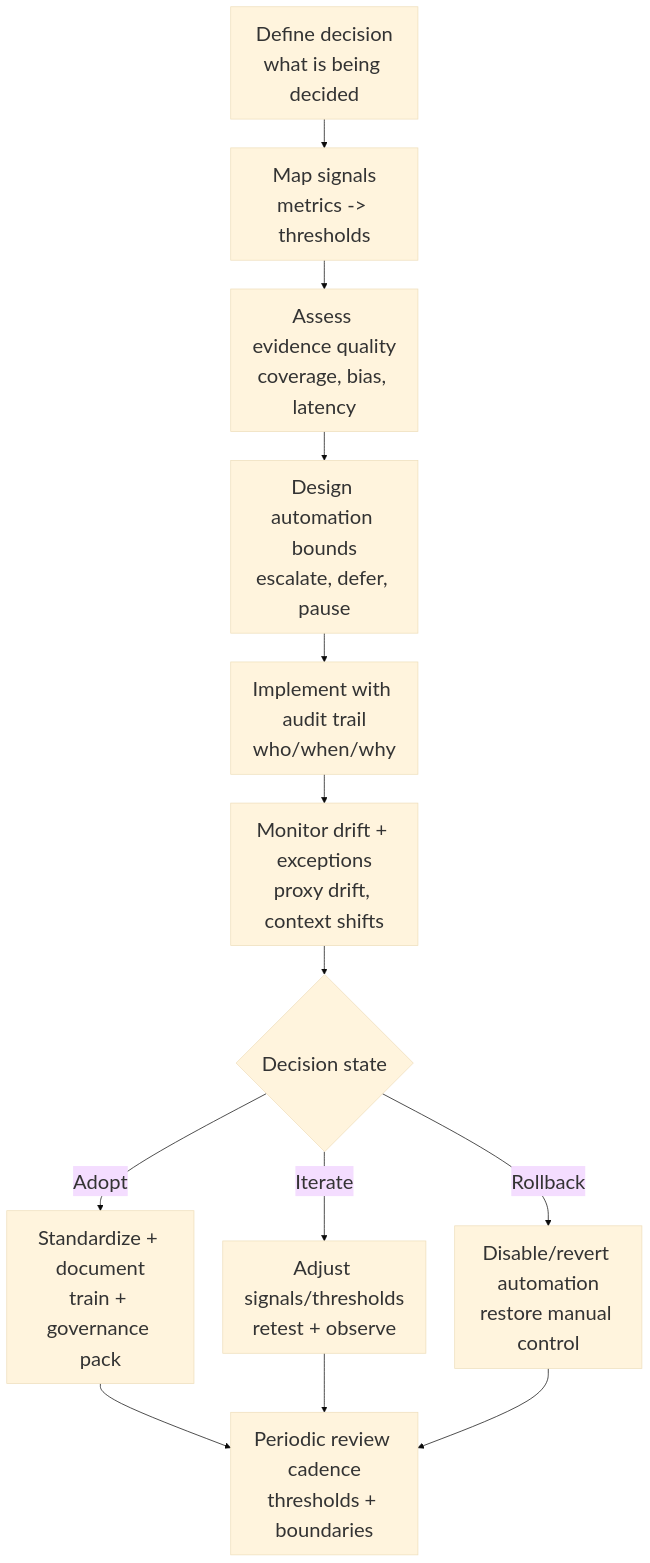
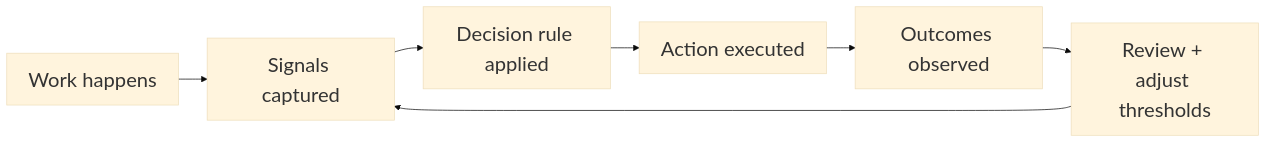
The diagram in docs/book/phase-3/24-AutomationAndDataDrivenDM.md (micro-canvas-framework/micro-canvas-framework.github.io), drawn with Mermaid before and after one commit. The commit also changed other lines of this file and 2 other files, not shown here.

````diff
--- a/docs/book/phase-3/24-AutomationAndDataDrivenDM.md
+++ b/docs/book/phase-3/24-AutomationAndDataDrivenDM.md
@@ -64,16 +64,10 @@
 ```mermaid
 %%{init: {"theme":"base","flowchart":{"nodeSpacing":40,"rankSpacing":40},"themeVariables":{"fontSize":"28px"}} }%%
-flowchart TD
-  A[Define decision<br/>what is being decided] --> B[Map signals<br/>metrics -> thresholds]
-  B --> C[Assess evidence quality<br/>coverage, bias, latency]
-  C --> D[Design automation bounds<br/>escalate, defer, pause]
-  D --> E[Implement with audit trail<br/>who/when/why]
-  E --> F[Monitor drift + exceptions<br/>proxy drift, context shifts]
-  F --> G{Decision state}
-  G -->|Adopt| H[Standardize + document<br/>train + governance pack]
-  G -->|Iterate| I[Adjust signals/thresholds<br/>retest + observe]
-  G -->|Rollback| J[Disable/revert automation<br/>restore manual control]
-  H --> K[Periodic review cadence<br/>thresholds + boundaries]
-  I --> K
-  J --> K
+flowchart LR
+  A[Work happens] --> B[Signals captured]
+  B --> C[Decision rule applied]
+  C --> D[Action executed]
+  D --> E[Outcomes observed]
+  E --> F[Review + adjust thresholds]
+  F --> B
 ```
````
